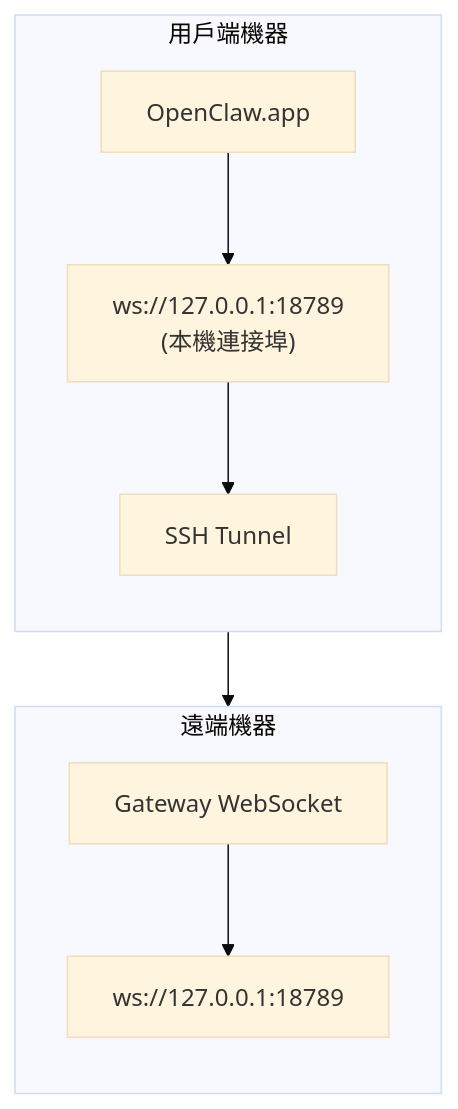
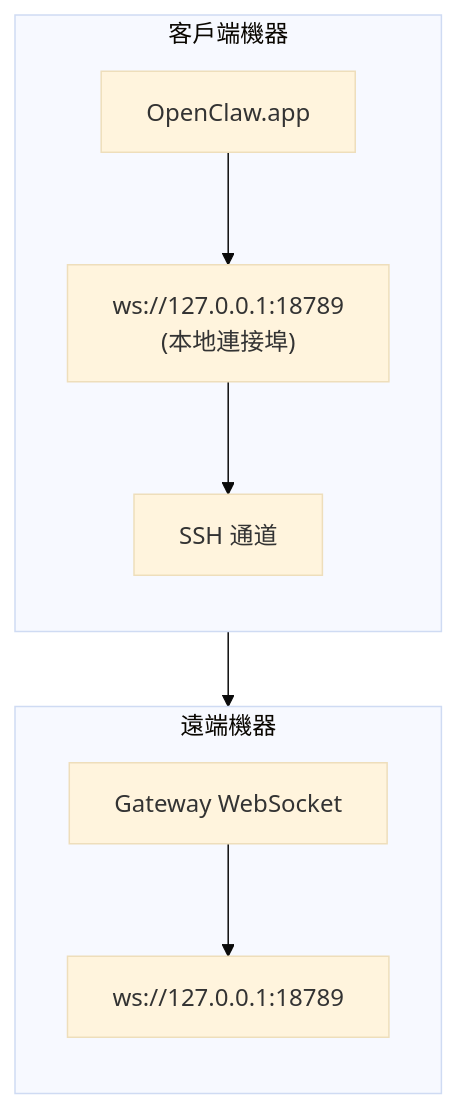
One commit to openclaw/openclaw changed the diagram in docs/zh-TW/gateway/remote-gateway-readme.md. Above: the diagram before and after it, drawn with Mermaid (base theme). The commit also changed other lines of this file and 321 other files, not shown here.

````diff
--- a/docs/zh-TW/gateway/remote-gateway-readme.md
+++ b/docs/zh-TW/gateway/remote-gateway-readme.md
@@ -13,20 +13,20 @@
 ```mermaid
 flowchart TB
-    subgraph Client["用戶端機器"]
+    subgraph Client["客戶端機器"]
         direction TB
         A["OpenClaw.app"]
-        B["ws://127.0.0.1:18789\n(本機連接埠)"]
-        T["SSH Tunnel"]
+        B["ws://127.0.0.1:18789\n(本地連接埠)"]
+        T["SSH 通道"]
 
         A --> B
         B --> T
     end
     subgraph Remote["遠端機器"]
         direction TB
         C["Gateway WebSocket"]
         D["ws://127.0.0.1:18789"]
 
         C --> D
     end
     T --> C
 ```
````
